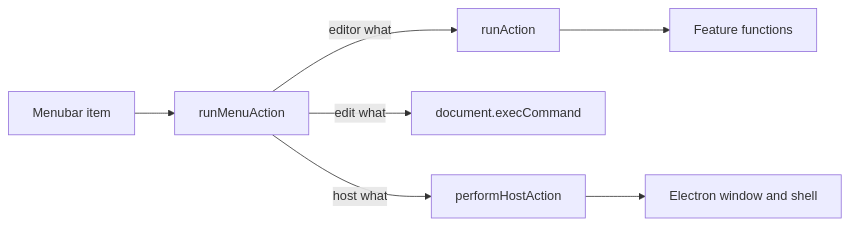
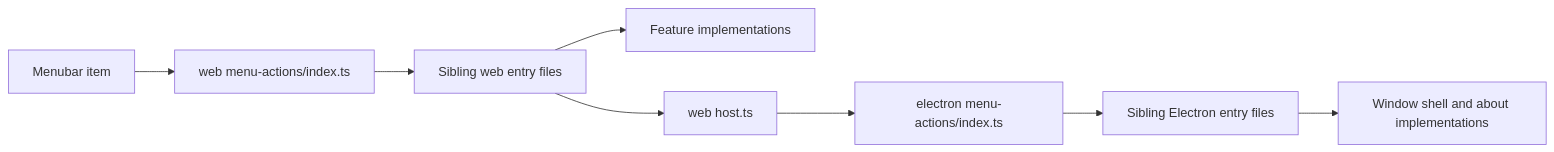
One commit to maxzz/video-ed-26-el changed the diagram in .cursor/plans/web_application_menu_1a227256.plan.md. Above: the diagram before and after it, drawn with Mermaid. The commit also changed other lines of this file, not shown here.

Commit message:
WIP. top-menu. add plan 2.

````diff
--- a/.cursor/plans/web_application_menu_1a227256.plan.md
+++ b/.cursor/plans/web_application_menu_1a227256.plan.md
@@ -30,9 +30,10 @@
 ```mermaid
 flowchart LR
-  item[Menubar item] --> runMenuAction
-  runMenuAction -->|editor what| runAction
-  runAction --> features[Feature functions]
-  runMenuAction -->|edit what| editCmd[document.execCommand]
-  runMenuAction -->|host what| performHostAction
-  performHostAction --> hostImpl[Electron window and shell]
+  item[Menubar item] --> webIndex["web menu-actions/index.ts"]
+  webIndex --> webEntries[Sibling web entry files]
+  webEntries --> features[Feature implementations]
+  webEntries --> hostEntry["web host.ts"]
+  hostEntry --> electronIndex["electron menu-actions/index.ts"]
+  electronIndex --> electronEntries[Sibling Electron entry files]
+  electronEntries --> electronImpl[Window shell and about implementations]
 ```
````
